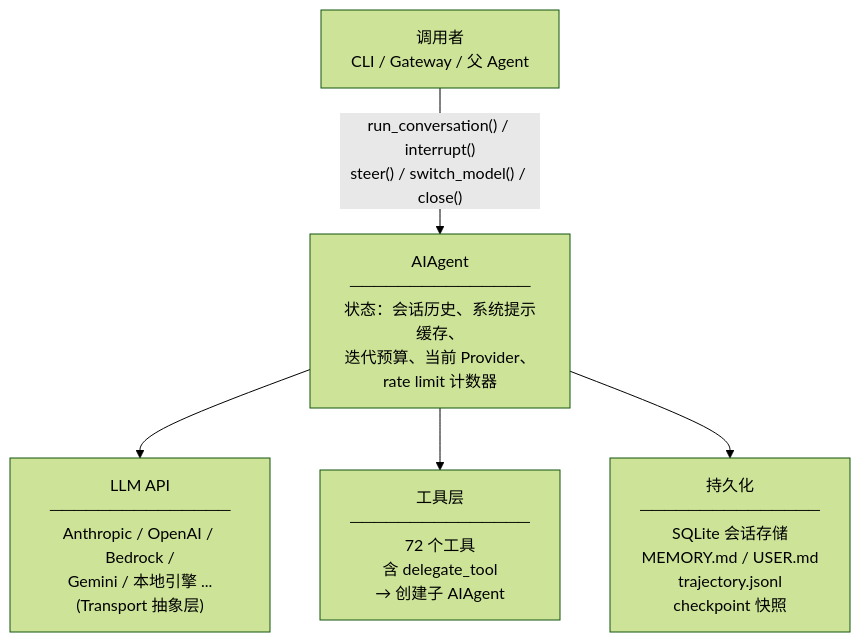
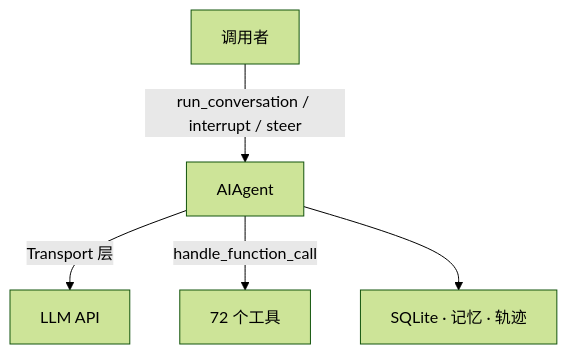
Before and after one commit to fang-lin/hermes-agent-code-analysis: the first of 9 diagrams in docs/zh/02-Agent核心.md, drawn with Mermaid (forest theme). The commit also changed other lines of this file and 1 other file, not shown here.

First line of the commit message:
第 02 章：所有图表 layout 紧凑化——节点文字精简，细节留给正文

````diff
--- a/docs/zh/02-Agent核心.md
+++ b/docs/zh/02-Agent核心.md
@@ -89,13 +89,7 @@
 ```mermaid
 flowchart TD
-    CALLER["调用者<br/>CLI / Gateway / 父 Agent"]
-    AGENT["AIAgent<br/>───────────────<br/>状态：会话历史、系统提示缓存、<br/>迭代预算、当前 Provider、<br/>rate limit 计数器"]
-    LLM["LLM API<br/>───────────────<br/>Anthropic / OpenAI / Bedrock /<br/>Gemini / 本地引擎 ...<br/>#40;Transport 抽象层#41;"]
-    TOOLS["工具层<br/>───────────────<br/>72 个工具<br/>含 delegate_tool<br/>→ 创建子 AIAgent"]
-    PERSIST["持久化<br/>───────────────<br/>SQLite 会话存储<br/>MEMORY.md / USER.md<br/>trajectory.jsonl<br/>checkpoint 快照"]
-
-    CALLER -->|"run_conversation#40;#41; / interrupt#40;#41;<br/>steer#40;#41; / switch_model#40;#41; / close#40;#41;"| AGENT
-    AGENT --> LLM
-    AGENT --> TOOLS
-    AGENT --> PERSIST
+    CALLER["调用者"] -->|"run_conversation / interrupt / steer"| AGENT["AIAgent"]
+    AGENT -->|Transport 层| LLM["LLM API"]
+    AGENT -->|handle_function_call| TOOLS["72 个工具"]
+    AGENT --> PERSIST["SQLite · 记忆 · 轨迹"]
 ```
````
